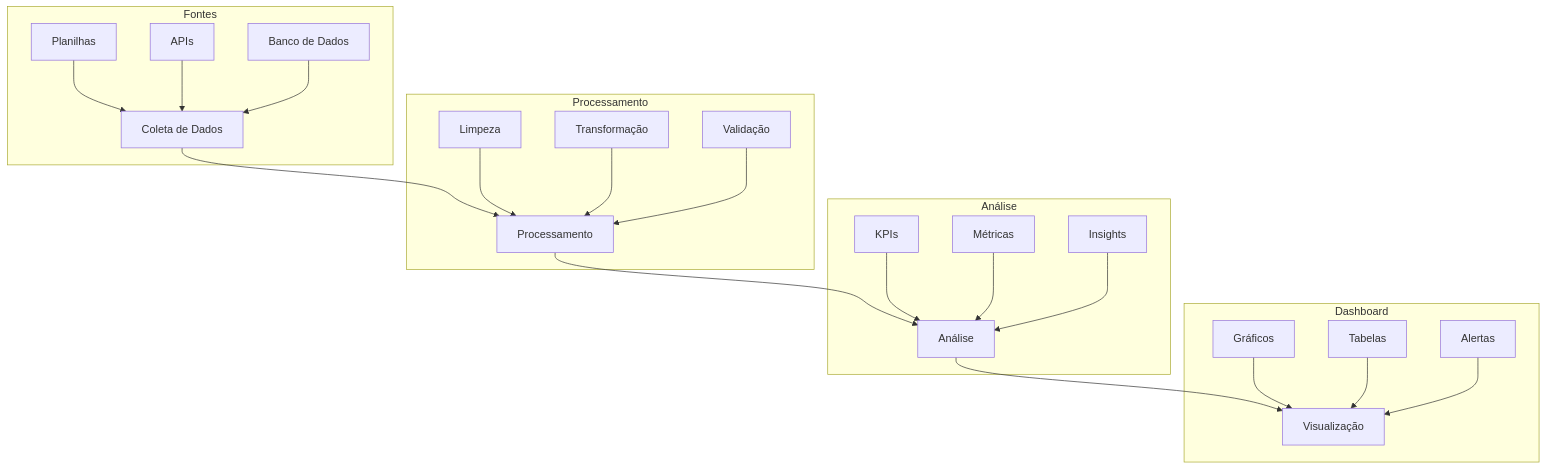
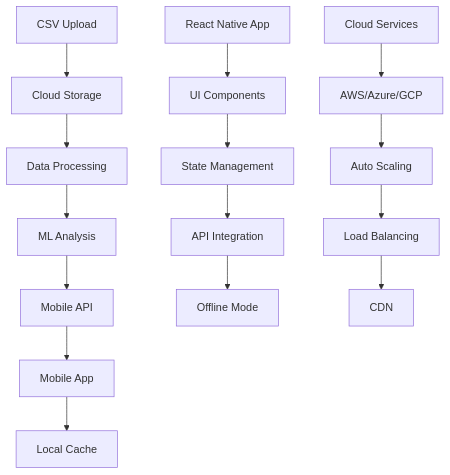
The first of 2 diagrams in README.md (Igorofyeshu4/keepgoing), drawn with Mermaid before and after one commit. The commit also changed other lines of this file, not shown here.

First line of the commit message:
docs: Atualizado título principal e pipeline mobile

````diff
--- a/README.md
+++ b/README.md
@@ -19,30 +14,19 @@
 ```mermaid
 graph TD
-    A[Coleta de Dados] --> B[Processamento]
-    B --> C[Análise]
-    C --> D[Visualização]
+    A[CSV Upload] --> B[Cloud Storage]
+    B --> C[Data Processing]
+    C --> D[ML Analysis]
+    D --> E[Mobile API]
+    E --> F[Mobile App]
+    F --> G[Local Cache]
     
-    subgraph Fontes
-    A1[Planilhas] --> A
-    A2[APIs] --> A
-    A3[Banco de Dados] --> A
-    end
+    H[React Native App] --> I[UI Components]
+    I --> J[State Management]
+    J --> K[API Integration]
+    K --> L[Offline Mode]
     
-    subgraph Processamento
-    B1[Limpeza] --> B
-    B2[Transformação] --> B
-    B3[Validação] --> B
-    end
-    
-    subgraph Análise
-    C1[KPIs] --> C
-    C2[Métricas] --> C
-    C3[Insights] --> C
-    end
-    
-    subgraph Dashboard
-    D1[Gráficos] --> D
-    D2[Tabelas] --> D
-    D3[Alertas] --> D
-    end
+    M[Cloud Services] --> N[AWS/Azure/GCP]
+    N --> O[Auto Scaling]
+    O --> P[Load Balancing]
+    P --> Q[CDN]
 ```
````
